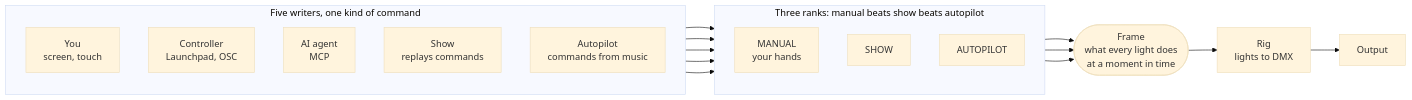
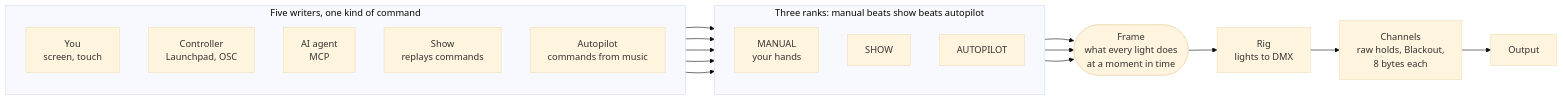
One commit to abossard/bossylights changed the first of 14 diagrams in docs/design/theory.md. Above: the diagram before and after it, drawn with Mermaid (base theme). The commit also changed 8 other files, not shown here.

````diff
--- a/docs/design/theory.md
+++ b/docs/design/theory.md
@@ -9,32 +9,33 @@
 ```mermaid
 flowchart LR
   subgraph W["Five writers, one kind of command"]
     direction TB
     YOU["You<br/>screen, touch"]
     PAD["Controller<br/>Launchpad, OSC"]
     AGENT["AI agent<br/>MCP"]
     SHOWP["Show<br/>replays commands"]
     AUTOP["Autopilot<br/>commands from music"]
   end
 
   subgraph L["Three ranks: manual beats show beats autopilot"]
     direction TB
     LIVE["MANUAL<br/>your hands"]
     SHOW["SHOW"]
     AUTO["AUTOPILOT"]
   end
 
   FRAME(["Frame<br/>what every light does<br/>at a moment in time"])
   RIG["Rig<br/>lights to DMX"]
+  CH["Channels<br/>raw holds, Blackout,<br/>8 bytes each"]
   OUT["Output"]
 
   YOU --> LIVE
   PAD --> LIVE
   AGENT --> LIVE
   SHOWP --> SHOW
   AUTOP --> AUTO
   LIVE --> FRAME
   SHOW --> FRAME
   AUTO --> FRAME
-  FRAME --> RIG --> OUT
+  FRAME --> RIG --> CH --> OUT
 ```
````
